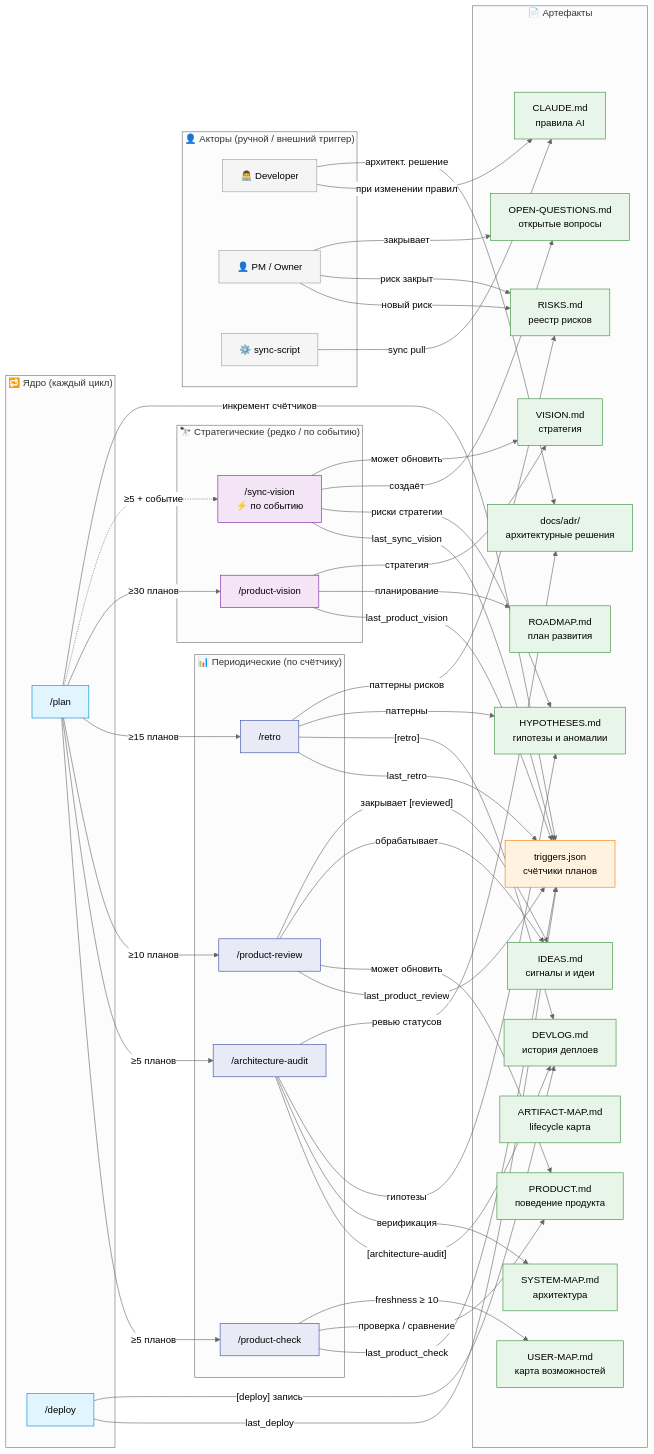
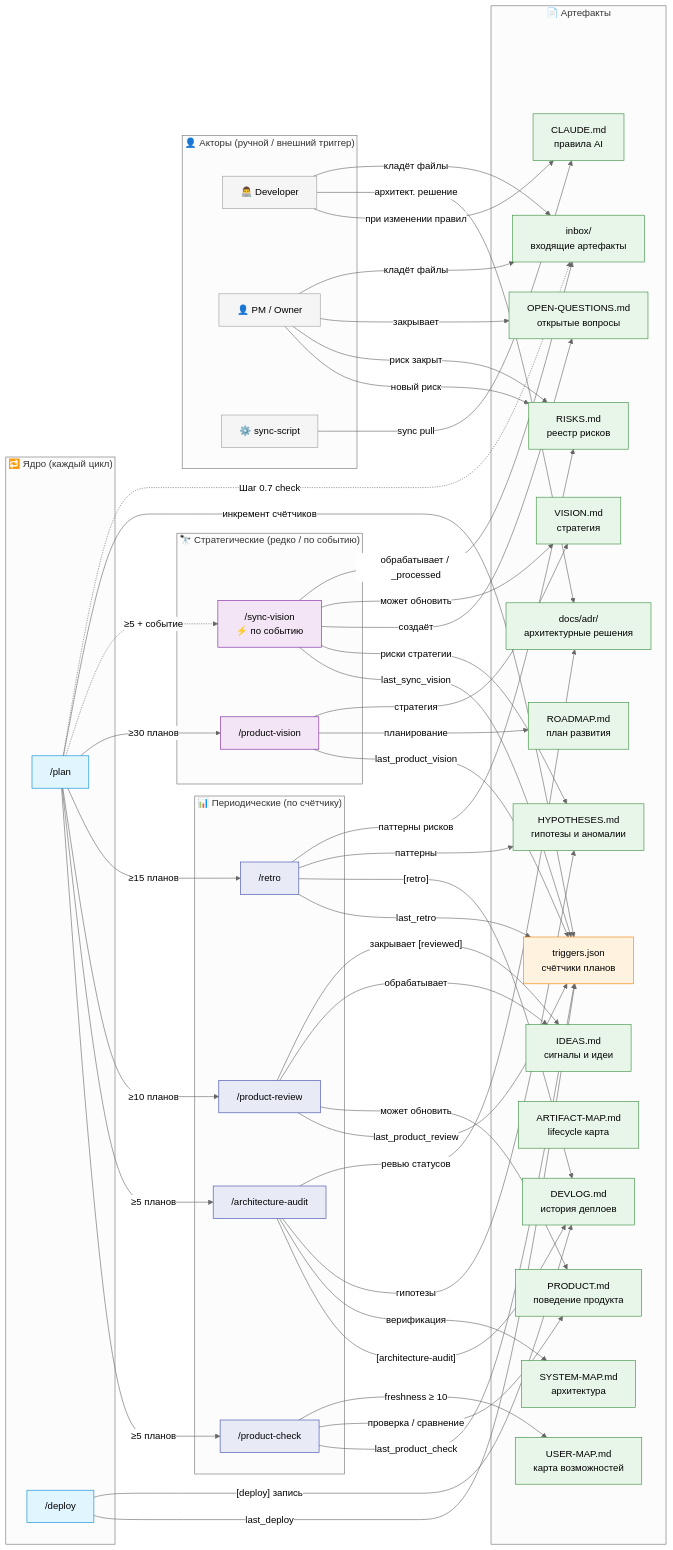
One commit to cait-solutions/it-dev-methodology changed the diagram in templates/ARTIFACT-MAP.template.md. Above: the diagram before and after it, drawn with Mermaid (neutral theme). The commit also changed other lines of this file and 6 other files, not shown here.

```diff
--- a/templates/ARTIFACT-MAP.template.md
+++ b/templates/ARTIFACT-MAP.template.md
@@ -68,6 +68,7 @@
         RISKS["RISKS.md<br/>реестр рисков"]:::ok
         CLM["CLAUDE.md<br/>правила AI"]:::ok
         ADR["docs/adr/<br/>архитектурные решения"]:::ok
+        INB["inbox/<br/>входящие артефакты"]:::ok
         %% Добавь проектные артефакты:
         %% Custom1["[TODO: артефакт]<br/>[TODO: назначение]"]:::ok
     end
@@ -119,6 +120,11 @@
     Owner -->|"закрывает"| OQ
     PReview -->|"закрывает [reviewed]"| ID
 
+    Plan -.->|"Шаг 0.7 check"| INB
+    SyncV -->|"обрабатывает / _processed"| INB
+    Owner -->|"кладёт файлы"| INB
+    Dev -->|"кладёт файлы"| INB
+
     %% Акторы → проектные артефакты (добавь если есть):
     %% Dev -->|"[TODO: условие]"| Custom1
     %% Owner -->|"[TODO: условие]"| Custom1
```
